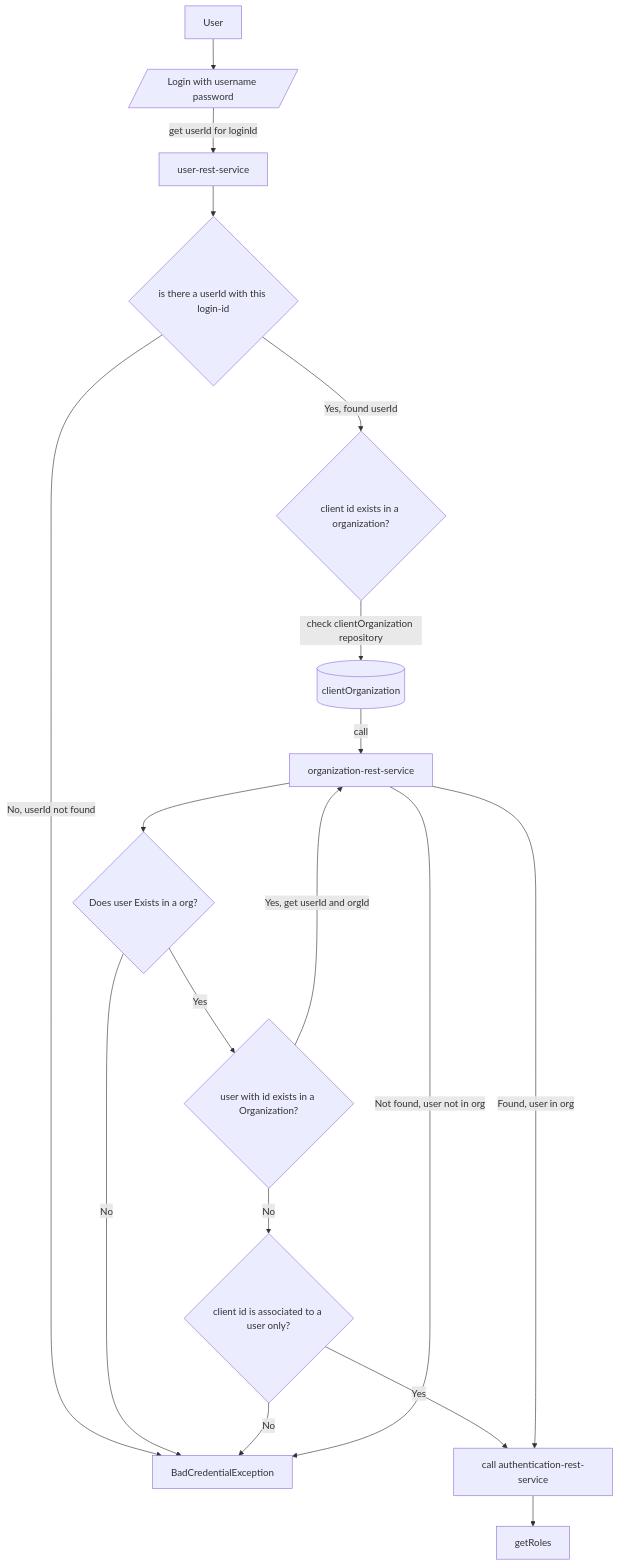
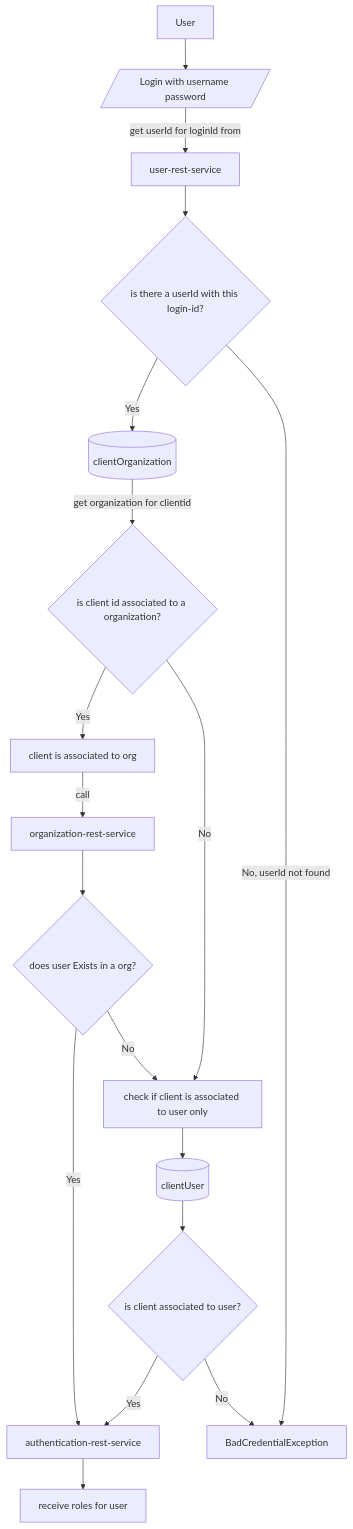
The diagram in README.md (sonamsamdupkhangsar/spring-authorization-serve), drawn with Mermaid before and after one commit.

Commit message:
Feature/readme (#12)
* update readme

* update

* update

* update

* update

* update

* update

* update

* update

* update

* update

* update

* update

* update

* update

* update

* update

* update

* update

---------

````diff
--- a/README.md
+++ b/README.md
@@ -35,23 +35,25 @@
 ```mermaid
 flowchart TD
  User -->login[/Login with username password/]
- login --get userId for loginId--> userRestService["user-rest-service"]
- userRestService --> getUserId{is there a userId with this login-id}
- getUserId -->|Yes, found userId|checkClientInOrg{client id exists in a organization?}
+ login --get userId for loginId from--> userRestService["user-rest-service"]
+ userRestService --> getUserId{is there a userId with this login-id?}
+ getUserId-->|Yes|clientOrganizationRepo[(clientOrganization)]
+ clientOrganizationRepo --get organization for clientid-->checkClientInOrg{is client id associated to a organization?}
  getUserId -->|No, userId not found|returnError[BadCredentialException]
- checkClientInOrg --check clientOrganization repository--> clientOrganizationTable[(clientOrganization)]
- clientOrganizationTable --call--> organizationRestService["organization-rest-service"]
- organizationRestService --> checkUserExistsInOrg{Does user Exists in a org?}
- 
- checkUserExistsInOrg -->|Yes| userExistsInOrg{user with id exists in a Organization?}
- checkUserExistsInOrg -->|No| returnError
  
  
- userExistsInOrg -->|Yes, get userId and orgId|organizationRestService["organization-rest-service"]
- userExistsInOrg -->|No|checkClientUserAssociation{client id is associated to a user only?}
- checkClientUserAssociation -->|Yes| authenticate
- checkClientUserAssociation -->|No| returnError
- organizationRestService -->|Found, user in org|authenticate["call authentication-rest-service"]
- organizationRestService -->|Not found, user not in org| returnError
- authenticate --> getRoles
+ checkClientInOrg -->|Yes|clientIsInOrg[client is associated to org]
+ checkClientInOrg -->|No|checkClientInUserRelationship["check if client is associated to user only"]
+ clientIsInOrg --call--> orgRestService["organization-rest-service"]
+ orgRestService --> checkUserExistsInOrg{does user Exists in a org?} 
+ checkUserExistsInOrg -->|Yes|authenticate["authentication-rest-service"]
+ 
+ checkUserExistsInOrg -->|No|checkClientInUserRelationship 
+ 
+ authenticate --> receiveRoles[receive roles for user]
+ checkClientInUserRelationship -->clientUserRepo[(clientUser)]
+ clientUserRepo --> clientAssociatedToUser{is client associated to user?}
+ clientAssociatedToUser -->|Yes|authenticate
+ clientAssociatedToUser -->|No|returnError
+ 
 ```
````
